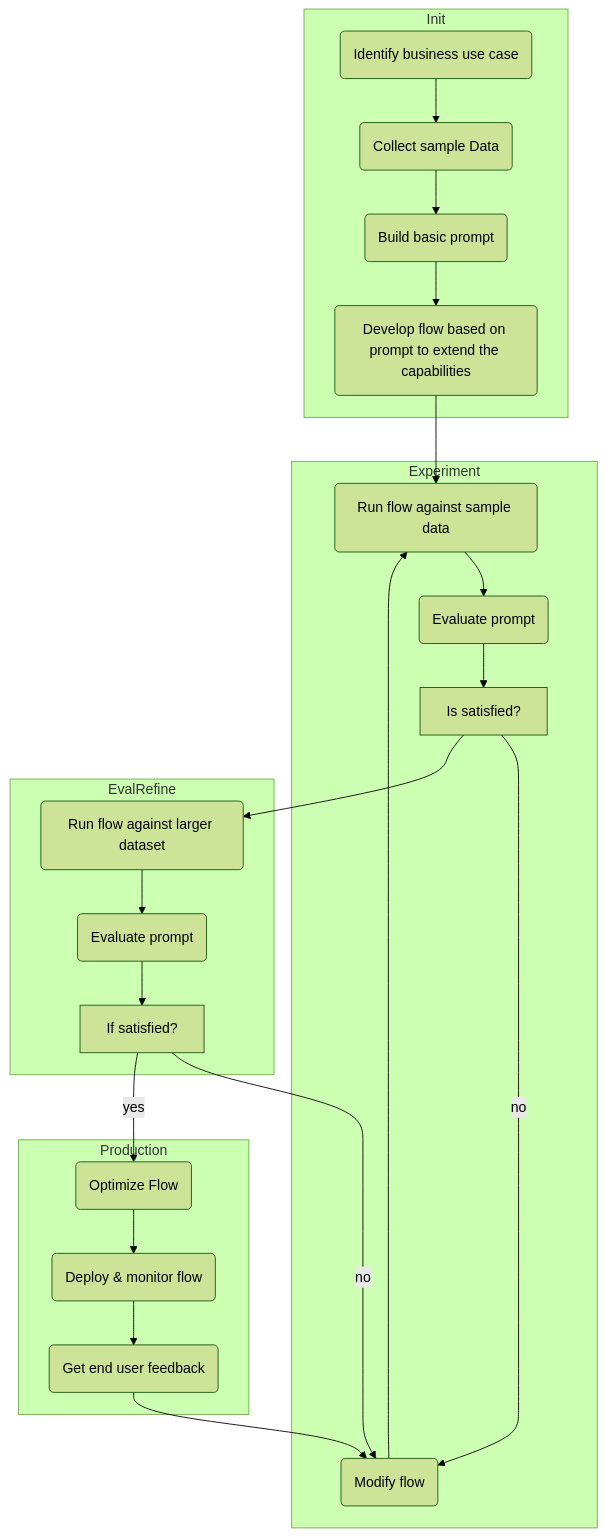
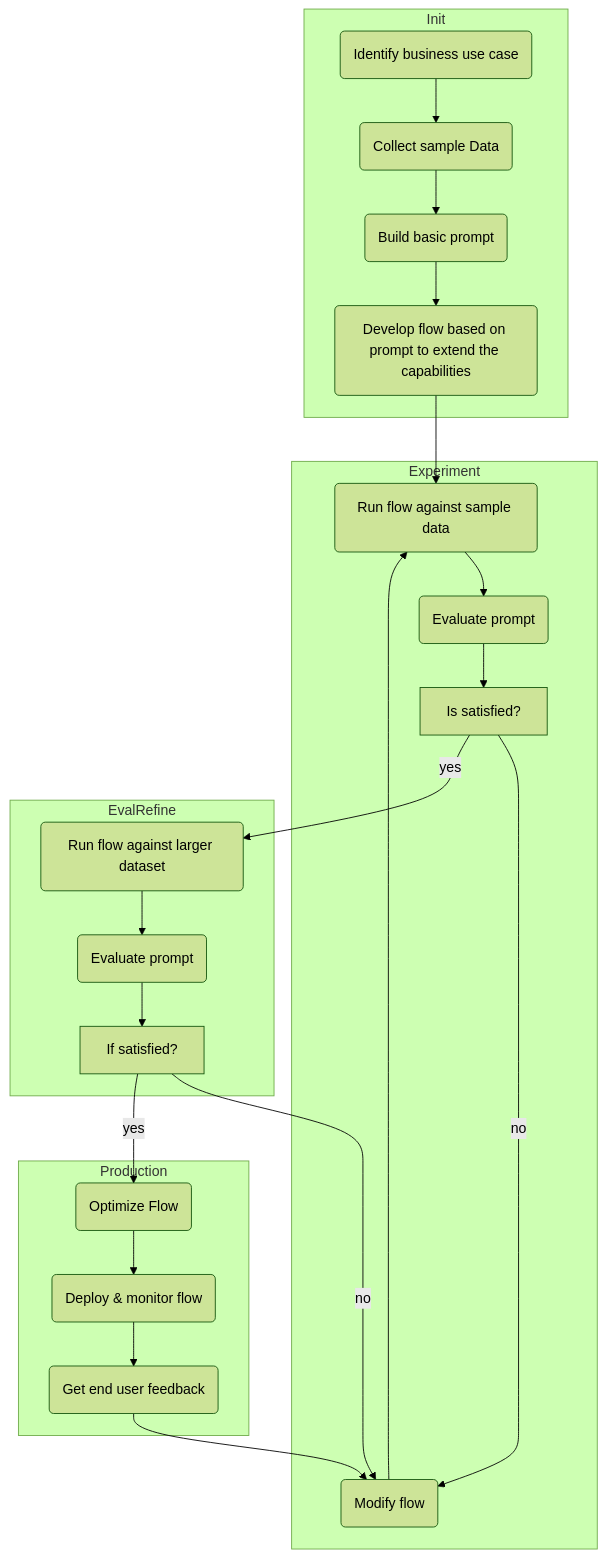
The diagram in dotNET/Copilot/Copilot Workflow.md (MovGP0/Obsidian_Notes), drawn with Mermaid (forest theme) before and after one commit. The commit also changed 6 other files, not shown here.

````diff
--- a/dotNET/Copilot/Copilot Workflow.md
+++ b/dotNET/Copilot/Copilot Workflow.md
@@ -3,54 +3,54 @@
 ```mermaid
 flowchart TD
   Init("Initialization")
   Experiment("Experiment")
   EvalRefine("Evaluate & Refine")
   Production("Production")
 
   subgraph Init
     UseCase("Identify business use case")
     SampleData("Collect sample Data")
     BasicPrompt("Build basic prompt")
     DevelopFlow("Develop flow based on prompt to extend the capabilities")
 
     UseCase --> SampleData
     SampleData --> BasicPrompt
     BasicPrompt --> DevelopFlow
   end
 
   subgraph Experiment
     RunSample("Run flow against sample data")
     EvalPrompt1("Evaluate prompt")
     Satisfied1["Is satisfied?"]
     Modify("Modify flow")
 
     RunSample --> EvalPrompt1
     EvalPrompt1 --> Satisfied1
     Satisfied1 -- no --> Modify
     Modify --> RunSample
   end
 
   subgraph EvalRefine
     RunLarge("Run flow against larger dataset")
     EvalPrompt2("Evaluate prompt")
     Satisfied2["If satisfied?"]
 
     RunLarge --> EvalPrompt2
     EvalPrompt2 --> Satisfied2
     Satisfied2 -- no --> Modify
   end
 
   subgraph Production
     Optimize("Optimize Flow")
     Deploy("Deploy & monitor flow")
     Feedback("Get end user feedback")
 
     Optimize --> Deploy
     Deploy --> Feedback
   end
 
   DevelopFlow --> RunSample
-  Satisfied1 --> RunLarge
+  Satisfied1 -- yes --> RunLarge
   Satisfied2 -- yes --> Optimize
   Feedback --> Modify
 ```
````
